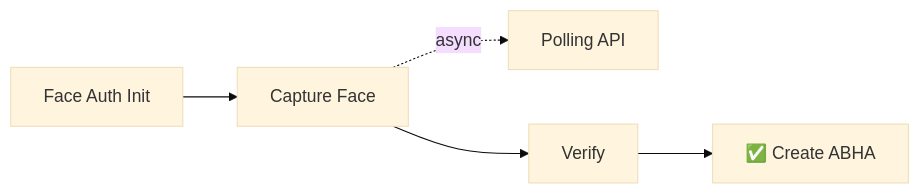
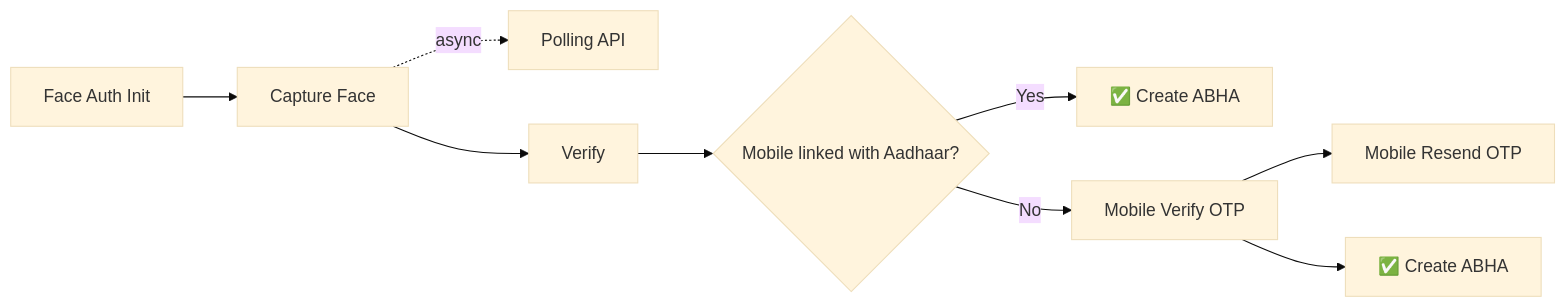
One commit to eka-care/eka-docs changed the second of 6 diagrams in api-reference/user-app/abdm-connect/flows/m1.mdx. Above: the diagram before and after it, drawn with Mermaid (base theme).

Commit message:
face auth flow

````diff
--- a/api-reference/user-app/abdm-connect/flows/m1.mdx
+++ b/api-reference/user-app/abdm-connect/flows/m1.mdx
@@ -29,7 +29,11 @@
 ```mermaid
 flowchart LR
   A["Face Auth Init"] --> B["Capture Face"]
   B -.->|async| P["Polling API"]
   B --> C["Verify"]
-  C --> D["✅ Create ABHA"]
+  C --> D{"Mobile linked with Aadhaar?"}
+  D -->|Yes| E["✅ Create ABHA"]
+  D -->|No| F["Mobile Verify OTP"]
+  F --> FR["Mobile Resend OTP"]
+  F --> G["✅ Create ABHA"]
 ```
````
